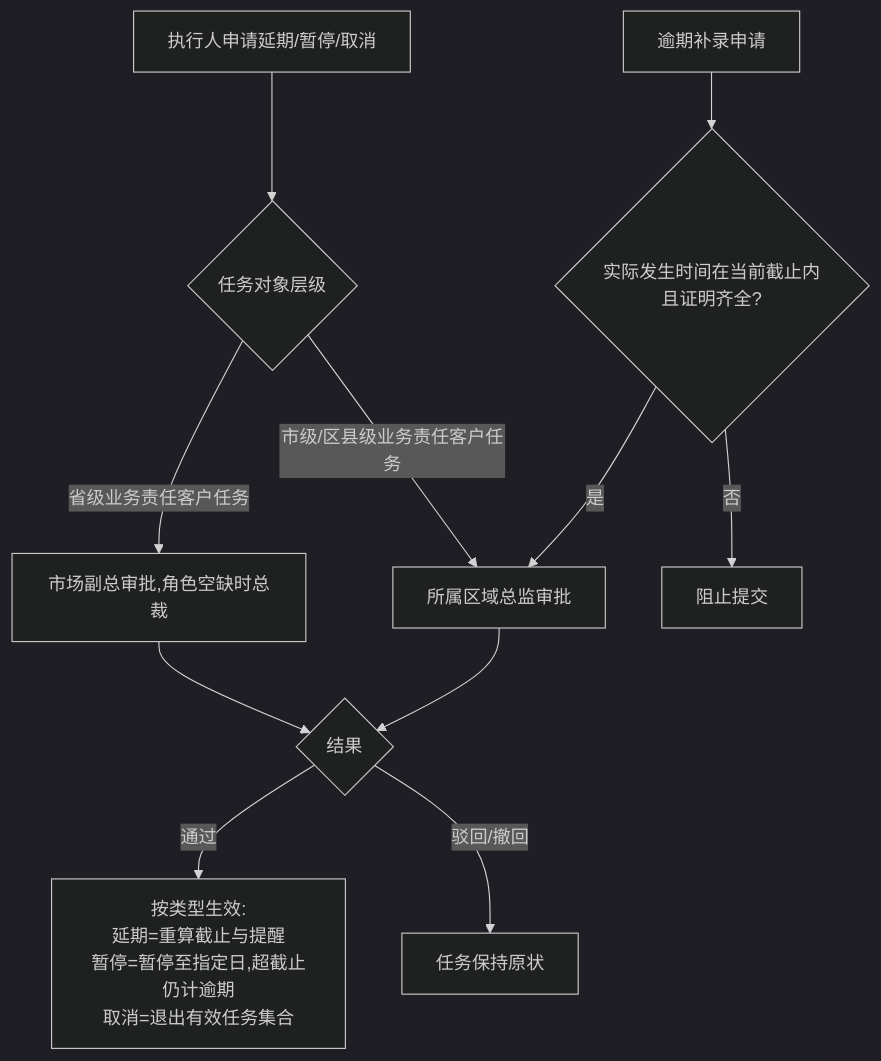
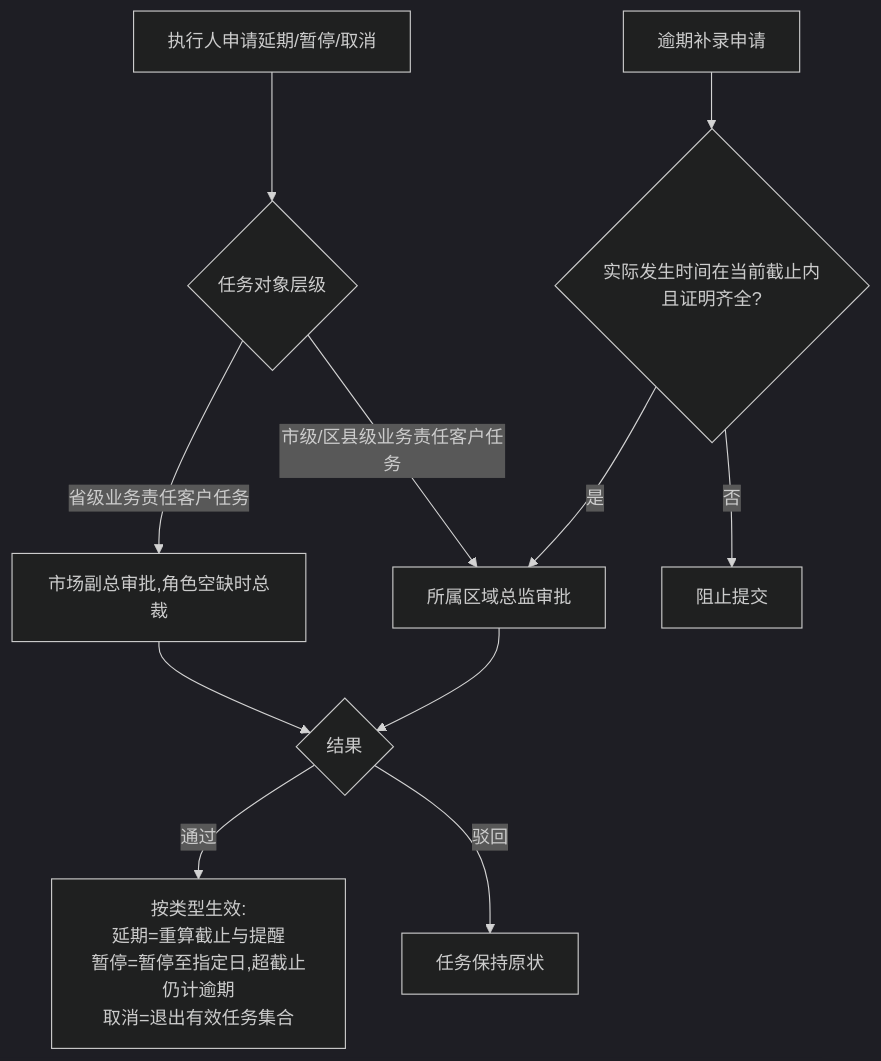
The diagram in prd-workspace/current/user-flows/FLOW-03-M03-task-exception.md (Joker-1030/Yingjia-Internal-Management-System), drawn with Mermaid (dark theme) before and after one commit. The commit also changed other lines of this file and 89 other files, not shown here.

````diff
--- a/prd-workspace/current/user-flows/FLOW-03-M03-task-exception.md
+++ b/prd-workspace/current/user-flows/FLOW-03-M03-task-exception.md
@@ -8,13 +8,13 @@
 ```mermaid
 flowchart TD
     A[执行人申请延期/暂停/取消] --> B{任务对象层级}
     B -- 市级/区县级业务责任客户任务 --> C[所属区域总监审批]
     B -- 省级业务责任客户任务 --> D[市场副总审批,角色空缺时总裁]
     C --> E{结果}
     D --> E
-    E -- 驳回/撤回 --> F[任务保持原状]
+    E -- 驳回 --> F[任务保持原状]
     E -- 通过 --> G[按类型生效:<br/>延期=重算截止与提醒<br/>暂停=暂停至指定日,超截止仍计逾期<br/>取消=退出有效任务集合]
     H[逾期补录申请] --> I{实际发生时间在当前截止内且证明齐全?}
     I -- 否 --> J[阻止提交]
     I -- 是 --> C
 ```
````
